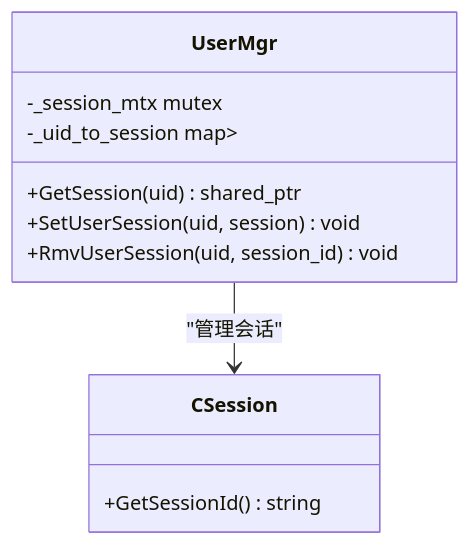
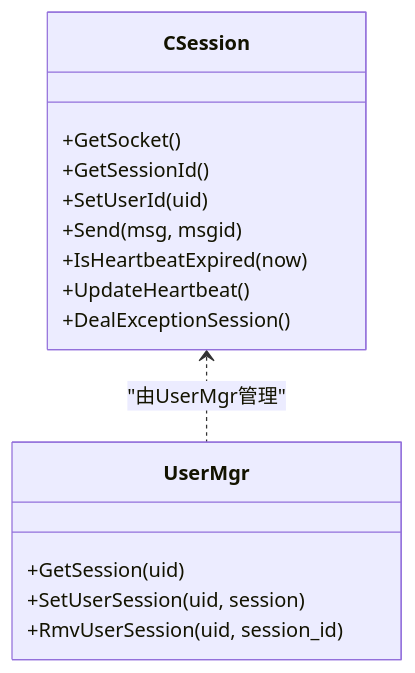
Before and after one commit to echo9923/mychatter: the fourth of 5 diagrams in .qoder/repowiki/zh/content/安全设计/安全设计.md, drawn with Mermaid. The commit also changed other lines of this file and 526 other files, not shown here.

````diff
--- a/.qoder/repowiki/zh/content/安全设计/安全设计.md
+++ b/.qoder/repowiki/zh/content/安全设计/安全设计.md
@@ -167,14 +187,18 @@
 ```mermaid
 classDiagram
+class CSession {
++GetSocket()
++GetSessionId()
++SetUserId(uid)
++Send(msg, msgid)
++IsHeartbeatExpired(now)
++UpdateHeartbeat()
++DealExceptionSession()
+}
 class UserMgr {
-+GetSession(uid) shared_ptr<CSession>
-+SetUserSession(uid, session) void
-+RmvUserSession(uid, session_id) void
--_session_mtx mutex
--_uid_to_session map<int, shared_ptr<CSession>>
++GetSession(uid)
++SetUserSession(uid, session)
++RmvUserSession(uid, session_id)
 }
-class CSession {
-+GetSessionId() string
-}
-UserMgr --> CSession : "管理会话"
+CSession <.. UserMgr : "由UserMgr管理"
 ```
````
